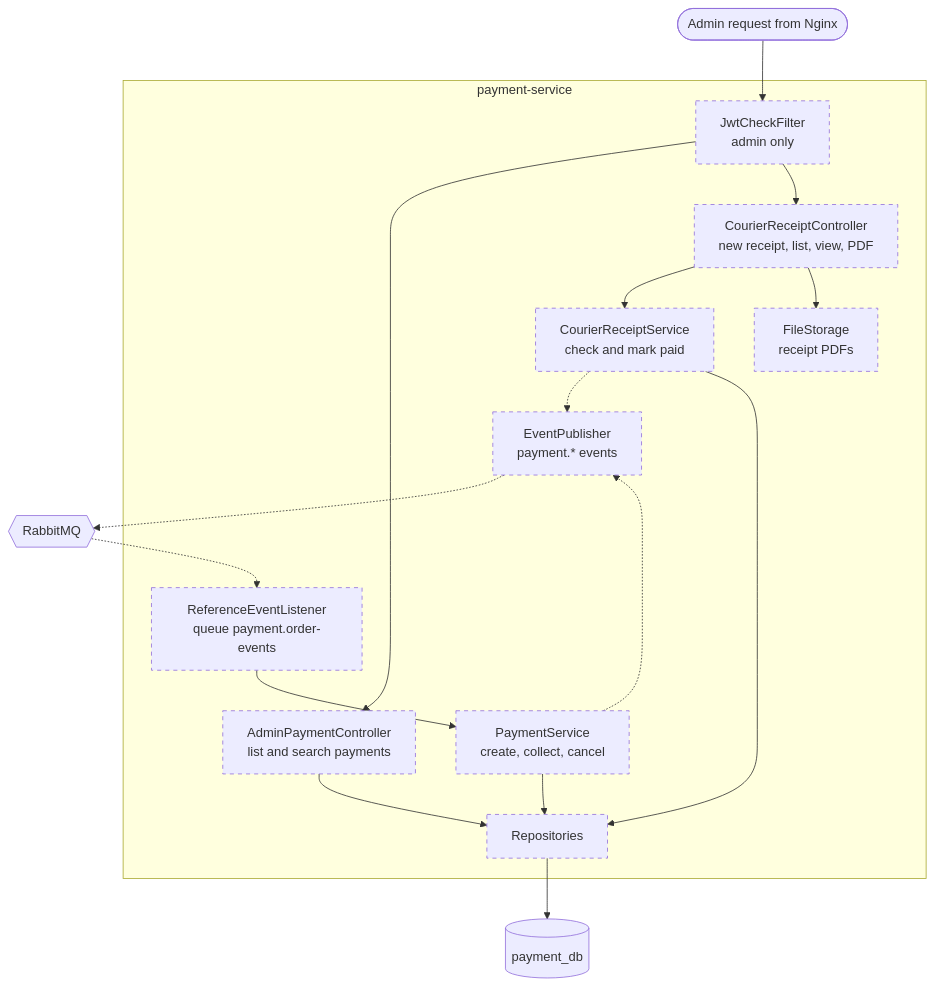
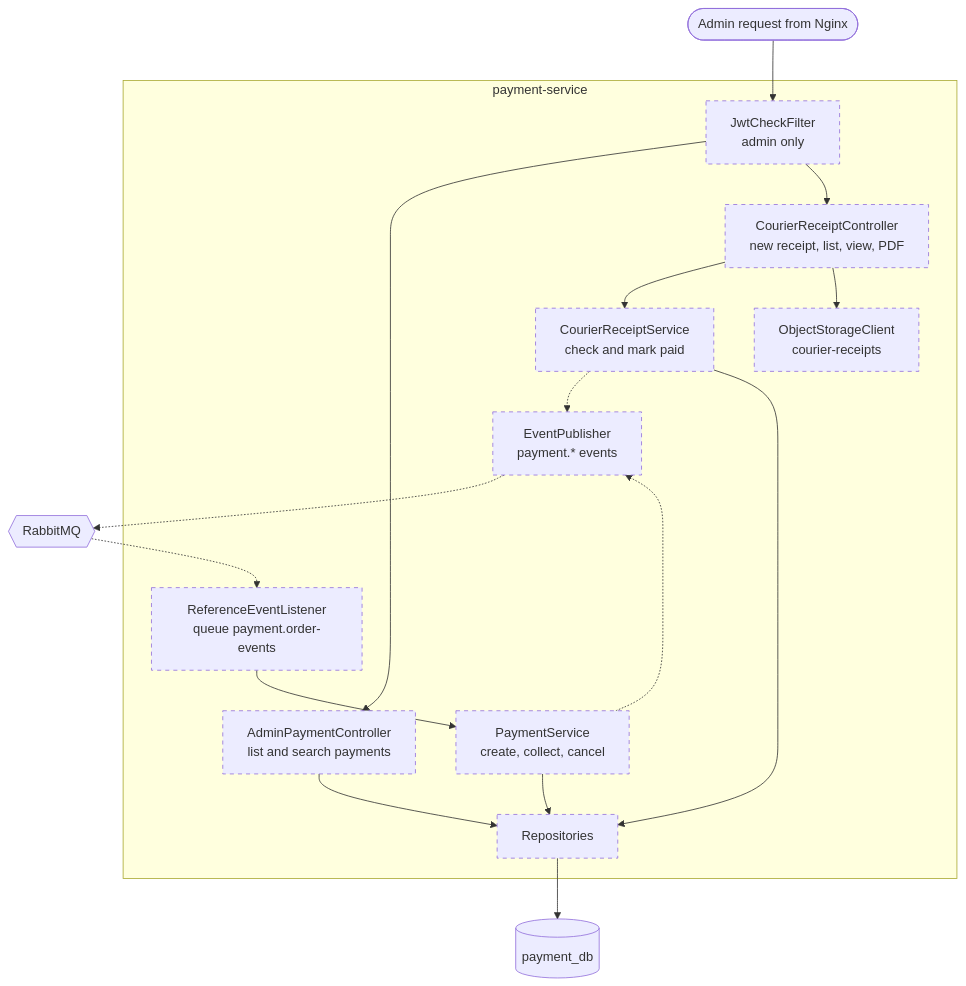
The diagram in docs/mvp/05-components/payment-service.md (MotoXpress-wicky/infrastructure), drawn with Mermaid before and after one commit. The commit also changed other lines of this file and 17 other files, not shown here.

First line of the commit message:
docs(mvp): update design for environments, object storage and CI/CD

````diff
--- a/docs/mvp/05-components/payment-service.md
+++ b/docs/mvp/05-components/payment-service.md
@@ -6,39 +6,39 @@
 ```mermaid
 flowchart TB
     req([Admin request from Nginx])
     broker{{"RabbitMQ"}}
 
     subgraph svc [payment-service]
         jwtf["JwtCheckFilter<br/>admin only"]
         payc["AdminPaymentController<br/>list and search payments"]
         recc["CourierReceiptController<br/>new receipt, list, view, PDF"]
         listener["ReferenceEventListener<br/>queue payment.order-events"]
 
         paysvc["PaymentService<br/>create, collect, cancel"]
         recsvc["CourierReceiptService<br/>check and mark paid"]
-        files["FileStorage<br/>receipt PDFs"]
+        files["ObjectStorageClient<br/>courier-receipts"]
         pub["EventPublisher<br/>payment.* events"]
         repo["Repositories"]
     end
 
     db[("payment_db")]
 
     req --> jwtf
     jwtf --> payc
     jwtf --> recc
     payc --> repo
     recc --> recsvc
     recc --> files
 
     broker -.-> listener --> paysvc
     paysvc -.-> pub
     recsvc -.-> pub
     pub -.-> broker
 
     paysvc --> repo
     recsvc --> repo
     repo --> db
 
     classDef planned stroke-dasharray: 5 5
     class jwtf,payc,recc,listener,paysvc,recsvc,files,pub,repo planned
 ```
````
